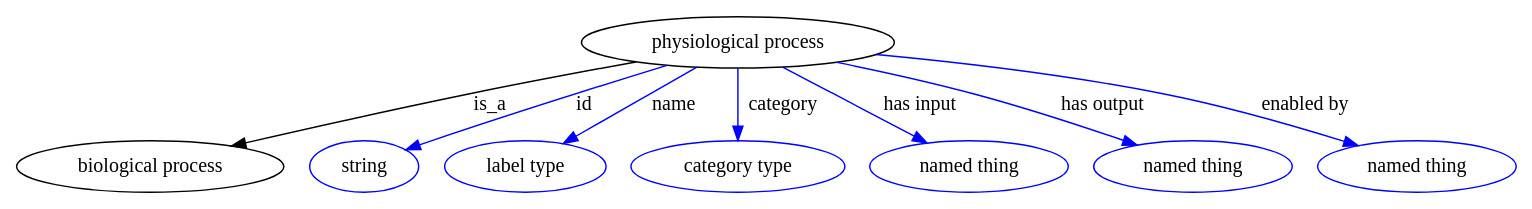
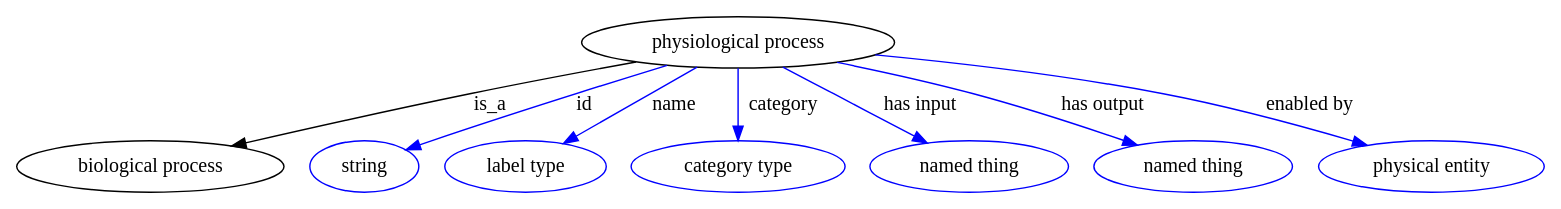
Before and after one commit to biolink/biolink-model: the diagram in graphviz/physiological_process.gv, drawn with Graphviz. The commit also changed 14 other files, not shown here.

```diff
--- a/graphviz/physiological_process.gv
+++ b/graphviz/physiological_process.gv
@@ -1,74 +1,74 @@
 digraph {
-	graph [bb="0,0,856.99,123"];
+	graph [bb="0,0,872.14,123"];
 	node [label="\N"];
 	"physiological process"	 [height=0.5,
 		label="physiological process",
 		pos="413.74,105",
 		width=2.4192];
 	"biological process"	 [height=0.5,
 		pos="74.743,18",
 		width=2.0762];
 	"physiological process" -> "biological process"	 [label=is_a,
 		lp="271.74,61.5",
 		pos="e,123.18,31.802 354.77,91.654 326.3,85.076 291.68,76.879 260.74,69 217.89,58.086 169.74,44.858 133.17,34.609"];
 	id	 [color=blue,
 		height=0.5,
 		label=string,
 		pos="197.74,18",
 		width=0.84854];
 	"physiological process" -> id	 [color=blue,
 		label=id,
 		lp="325.24,61.5",
 		pos="e,222.2,29.234 371.55,89.126 335.75,75.499 283.12,55.091 237.74,36 235.69,35.136 233.58,34.235 231.46,33.316",
 		style=solid];
 	name	 [color=blue,
 		height=0.5,
 		label="label type",
 		pos="291.74,18",
 		width=1.2638];
 	"physiological process" -> name	 [color=blue,
 		label=name,
 		lp="376.24,61.5",
 		pos="e,314.04,33.902 389.35,87.603 370.04,73.831 342.95,54.52 322.22,39.731",
 		style=solid];
 	category	 [color=blue,
 		height=0.5,
 		label="category type",
 		pos="413.74,18",
 		width=1.6249];
 	"physiological process" -> category	 [color=blue,
 		label=category,
 		lp="437.24,61.5",
 		pos="e,413.74,36.003 413.74,86.974 413.74,75.192 413.74,59.561 413.74,46.158",
 		style=solid];
 	"has input"	 [color=blue,
 		height=0.5,
 		label="named thing",
 		pos="545.74,18",
 		width=1.5346];
 	"physiological process" -> "has input"	 [color=blue,
 		label="has input",
 		lp="512.74,61.5",
 		pos="e,521.06,34.27 439.82,87.812 460.65,74.084 489.97,54.758 512.49,39.919",
 		style=solid];
 	"has output"	 [color=blue,
 		height=0.5,
 		label="named thing",
 		pos="673.74,18",
 		width=1.5346];
 	"physiological process" -> "has output"	 [color=blue,
 		label="has output",
 		lp="611.24,61.5",
 		pos="e,639.6,32.214 468.27,90.885 491.12,84.656 517.87,76.949 541.74,69 571.61,59.055 604.65,46.289 630.2,36.017",
 		style=solid];
 	"enabled by"	 [color=blue,
 		height=0.5,
-		label="named thing",
-		pos="801.74,18",
-		width=1.5346];
+		label="physical entity",
+		pos="809.74,18",
+		width=1.7332];
 	"physiological process" -> "enabled by"	 [color=blue,
 		label="enabled by",
-		lp="726.74,61.5",
-		pos="e,765.18,31.613 489.69,96.162 534.79,90.158 592.93,81.1 643.74,69 681.95,59.903 724.24,46.043 755.45,35.066",
+		lp="729.74,61.5",
+		pos="e,769.93,31.99 489.1,95.968 534.26,89.872 592.64,80.785 643.74,69 683.41,59.851 727.42,46.164 760.15,35.272",
 		style=solid];
 }
```
